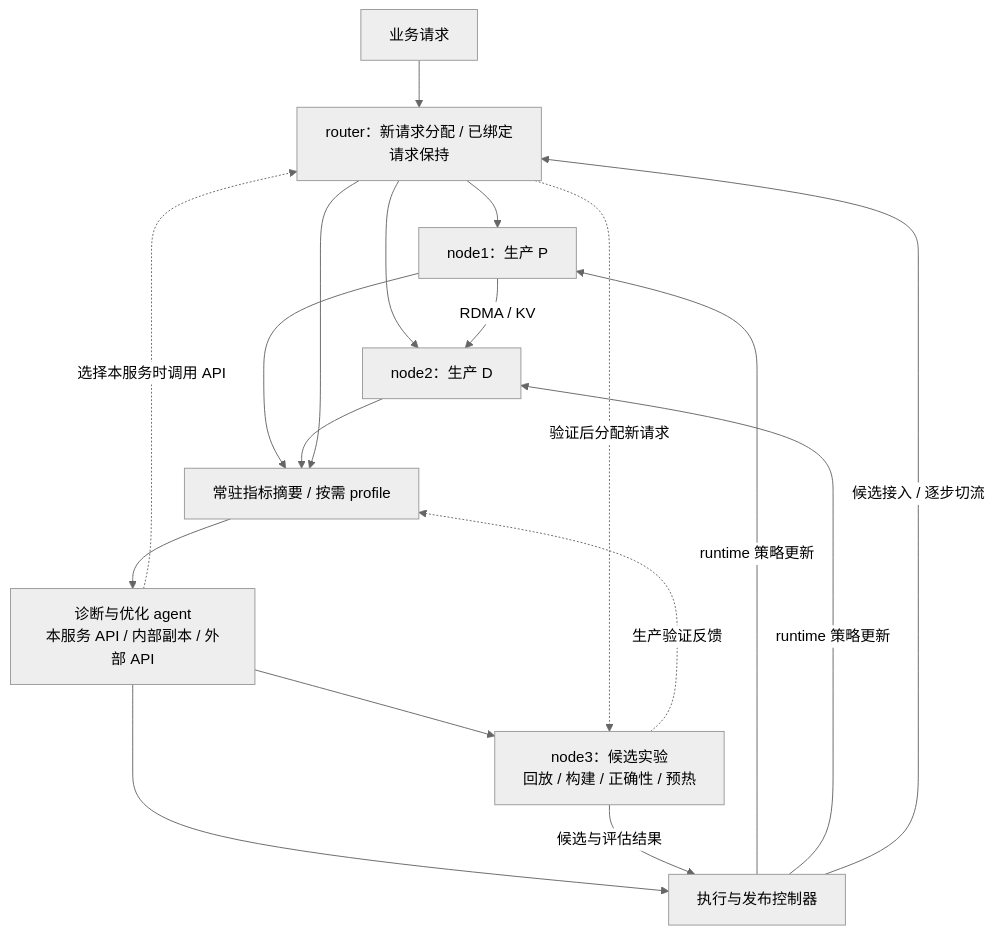
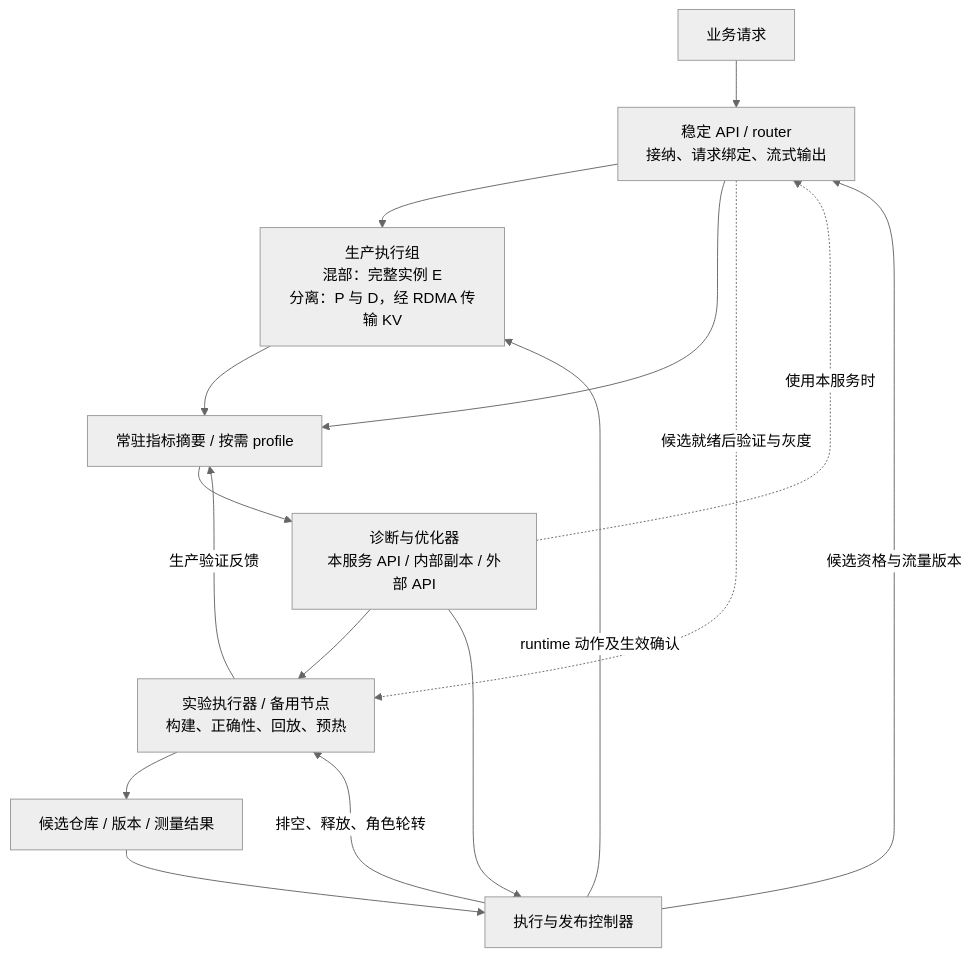
One commit to zksainx/runtime-inference-autotuning-research changed the first of 2 diagrams in 02_研究方案.md. Above: the diagram before and after it, drawn with Mermaid (neutral theme). The commit also changed other lines of this file and 2 other files, not shown here.

````diff
--- a/02_研究方案.md
+++ b/02_研究方案.md
@@ -29,20 +37,18 @@
 ```mermaid
 flowchart TB
-    U["业务请求"] --> R["router：新请求分配 / 已绑定请求保持"]
-    R --> P["node1：生产 P"]
-    R --> D["node2：生产 D"]
-    P -->|"RDMA / KV"| D
-    P --> O["常驻指标摘要 / 按需 profile"]
-    D --> O
+    U["业务请求"] --> R["稳定 API / router<br/>接纳、请求绑定、流式输出"]
+    R --> S["生产执行组<br/>混部：完整实例 E<br/>分离：P 与 D，经 RDMA 传输 KV"]
+    S --> O["常驻指标摘要 / 按需 profile"]
     R --> O
-    O --> A["诊断与优化 agent<br/>本服务 API / 内部副本 / 外部 API"]
-    A -.->|"选择本服务时调用 API"| R
-    A --> X["node3：候选实验<br/>回放 / 构建 / 正确性 / 预热"]
+    O --> A["诊断与优化器<br/>本服务 API / 内部副本 / 外部 API"]
+    A -.->|"使用本服务时"| R
+    A --> X["实验执行器 / 备用节点<br/>构建、正确性、回放、预热"]
     A --> C["执行与发布控制器"]
-    X -->|"候选与评估结果"| C
-    C -->|"runtime 策略更新"| P
-    C -->|"runtime 策略更新"| D
-    C -->|"候选接入 / 逐步切流"| R
-    R -.->|"验证后分配新请求"| X
-    X -.->|"生产验证反馈"| O
+    X --> V["候选仓库 / 版本 / 测量结果"]
+    V --> C
+    C -->|"runtime 动作及生效确认"| S
+    C -->|"候选资格与流量版本"| R
+    R -.->|"候选就绪后验证与灰度"| X
+    X -->|"生产验证反馈"| O
+    C -->|"排空、释放、角色轮转"| X
 ```
````
